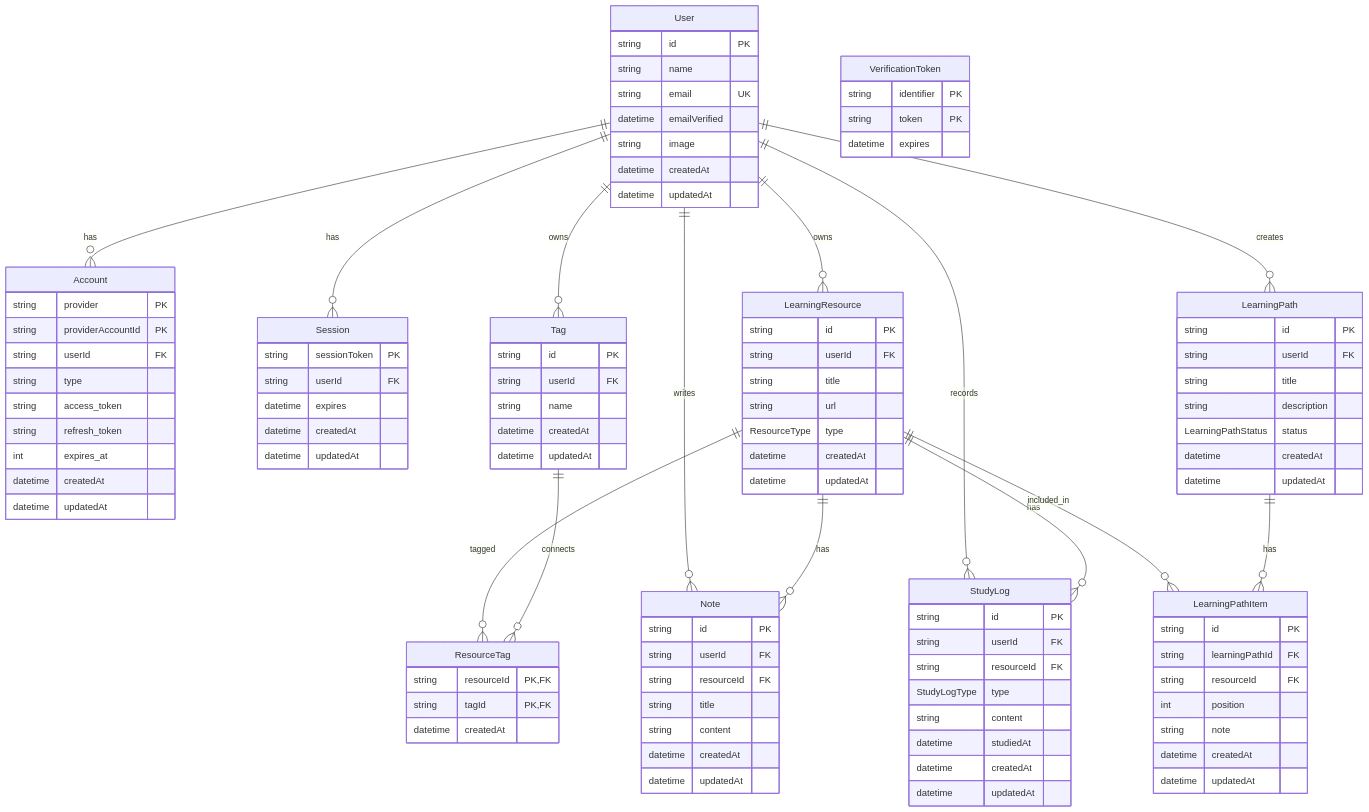
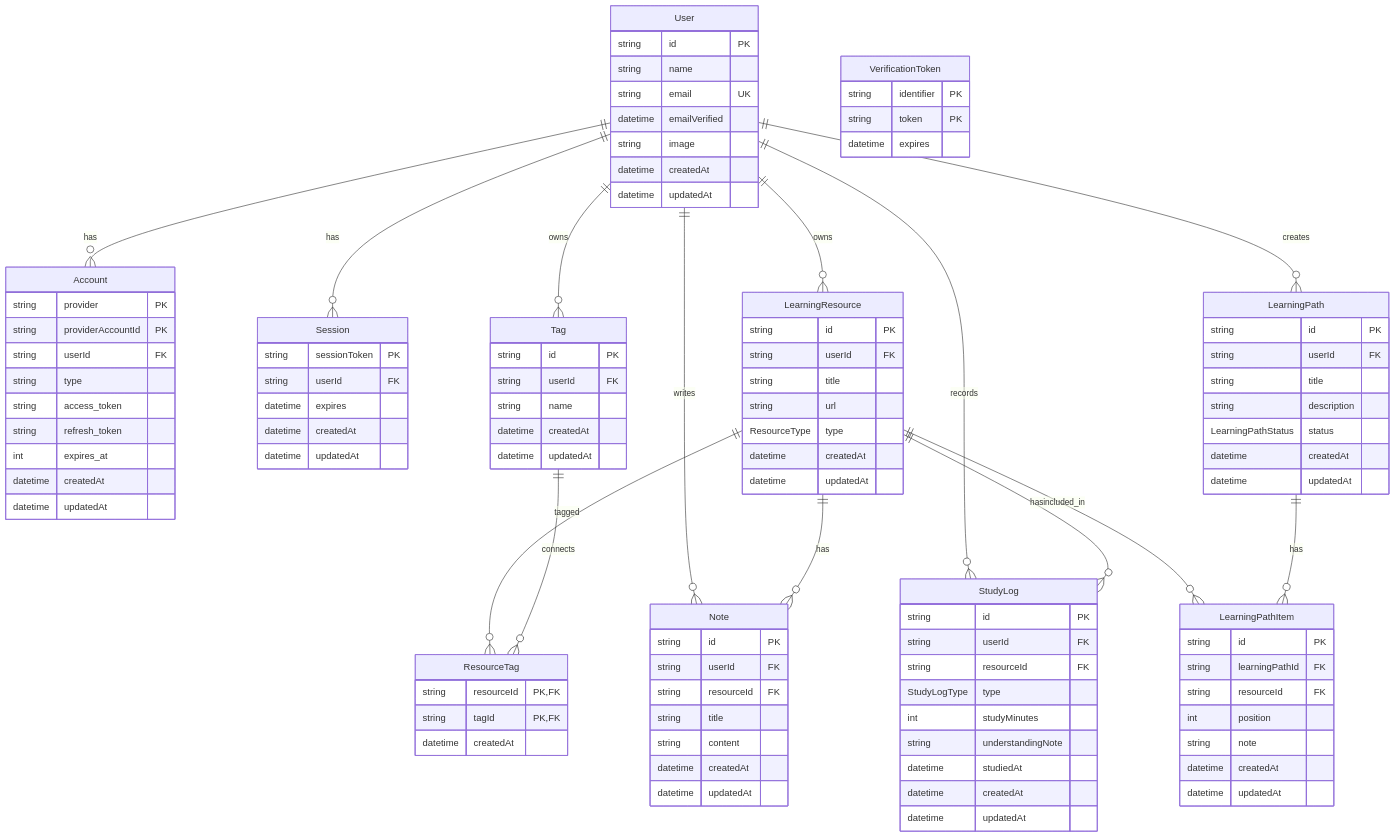
One commit to ysys1195/course-tracker changed the diagram in README.md. Above: the diagram before and after it, drawn with Mermaid. The commit also changed other lines of this file and 3 other files, not shown here.

```diff
--- a/README.md
+++ b/README.md
@@ -214,7 +244,8 @@
       string userId FK
       string resourceId FK
       StudyLogType type
-      string content
+      int studyMinutes
+      string understandingNote
       datetime studiedAt
       datetime createdAt
       datetime updatedAt
```
